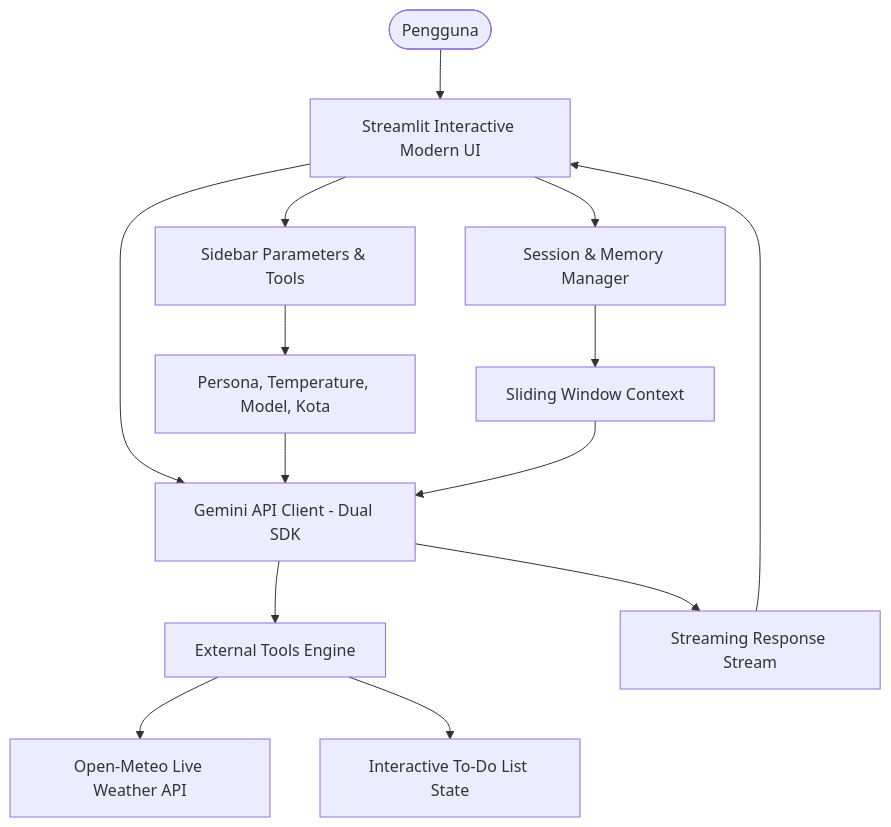
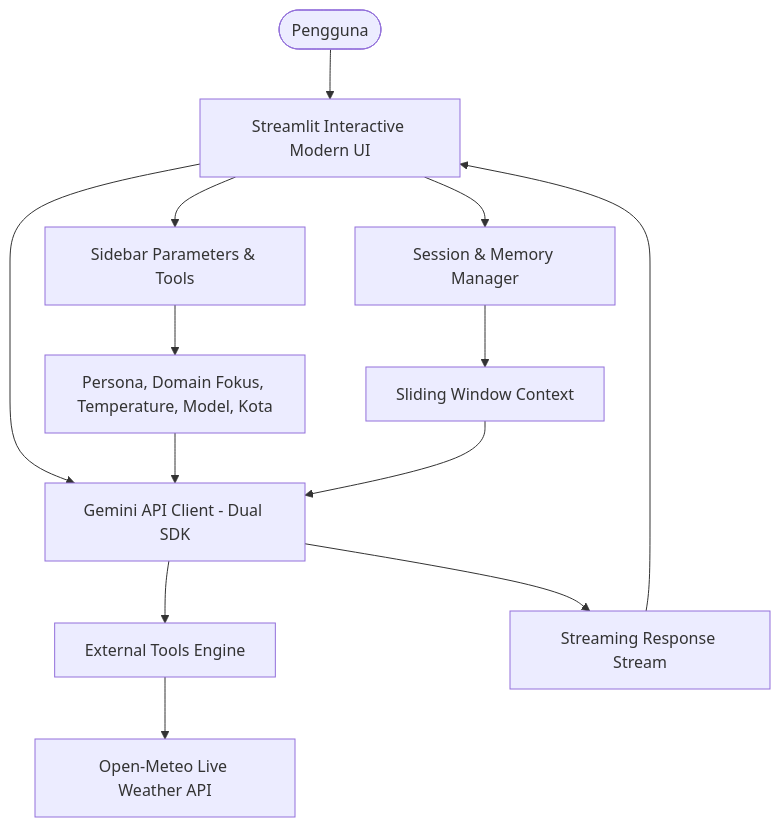
Before and after one commit to saipulsuleman/personal-assistant-bot: the diagram in README.md, drawn with Mermaid. The commit also changed other lines of this file and 4 other files, not shown here.

Commit message:
feat: upgrade to production-ready UI, add Domain Focus parameter, and clean up sidebar

````diff
--- a/README.md
+++ b/README.md
@@ -61,20 +62,19 @@
 ```mermaid
 graph TD
     User([Pengguna]) --> UI[Streamlit Interactive Modern UI]
     UI --> Sidebar[Sidebar Parameters & Tools]
-    Sidebar --> Config[Persona, Temperature, Model, Kota]
+    Sidebar --> Config[Persona, Domain Fokus, Temperature, Model, Kota]
     
     UI --> MemoryMgr[Session & Memory Manager]
     MemoryMgr --> Context[Sliding Window Context]
     
     UI --> GeminiEngine[Gemini API Client - Dual SDK]
     Config --> GeminiEngine
     Context --> GeminiEngine
     
     GeminiEngine --> Tools[External Tools Engine]
     Tools --> WeatherAPI[Open-Meteo Live Weather API]
-    Tools --> TaskManager[Interactive To-Do List State]
     
     GeminiEngine --> StreamingResponse[Streaming Response Stream]
     StreamingResponse --> UI
 ```
````
